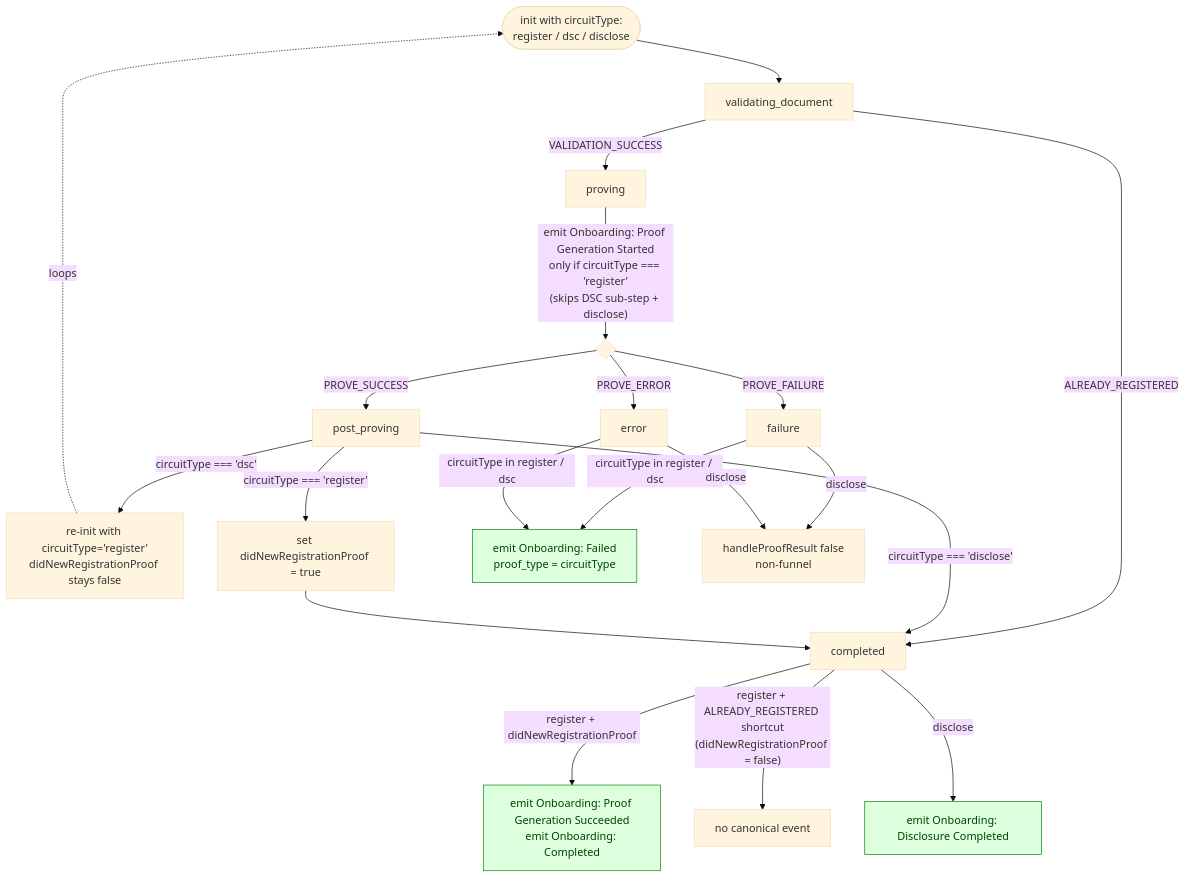
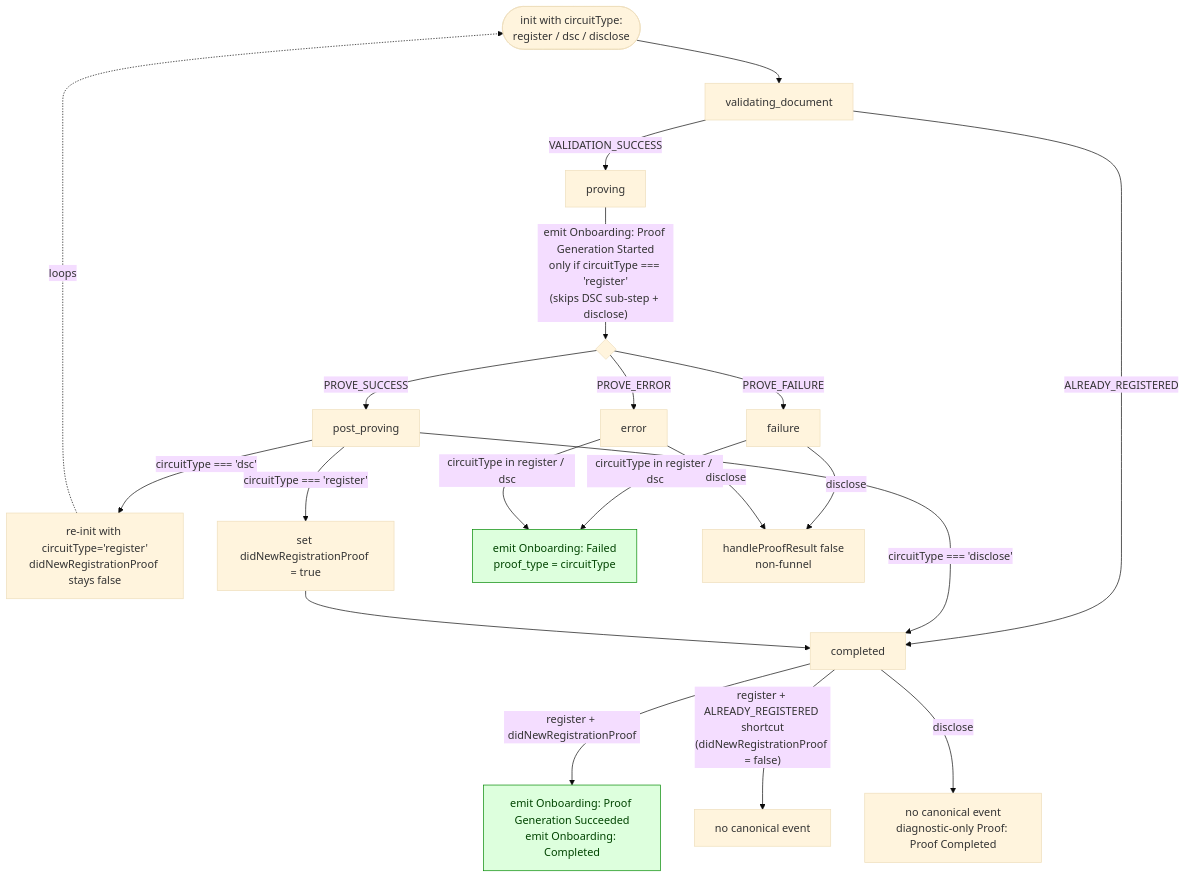
Before and after one commit to selfxyz/self: the third of 3 diagrams in specs/projects/sdk/workstreams/analytics/plans/ANA-11-canonical-funnel-bug-fixes.md, drawn with Mermaid (base theme). The commit also changed other lines of this file and 3 other files, not shown here.

First line of the commit message:
refactor(analytics): remove Onboarding: Disclosure Completed

````diff
--- a/specs/projects/sdk/workstreams/analytics/plans/ANA-11-canonical-funnel-bug-fixes.md
+++ b/specs/projects/sdk/workstreams/analytics/plans/ANA-11-canonical-funnel-bug-fixes.md
@@ -159,32 +159,32 @@
 ```mermaid
 flowchart TD
     Init([init with circuitType:<br/>register / dsc / disclose]) --> Validating[validating_document]
 
     Validating -->|ALREADY_REGISTERED| Completed[completed]
     Validating -->|VALIDATION_SUCCESS| Proving[proving]
 
     Proving -->|"emit Onboarding: Proof Generation Started<br/>only if circuitType === 'register'<br/>(skips DSC sub-step + disclose)"| Outcome{ }
 
     Outcome -->|PROVE_SUCCESS| PostProving[post_proving]
     Outcome -->|PROVE_FAILURE| Failure[failure]
     Outcome -->|PROVE_ERROR| Error[error]
 
     PostProving -->|"circuitType === 'dsc'"| Reinit[re-init with circuitType='register'<br/>didNewRegistrationProof stays false]
     PostProving -->|"circuitType === 'register'"| MarkProof[set didNewRegistrationProof = true]
     PostProving -->|"circuitType === 'disclose'"| Completed
 
     Reinit -.->|loops| Init
     MarkProof --> Completed
 
     Completed -->|"register + didNewRegistrationProof"| Success[emit Onboarding: Proof Generation Succeeded<br/>emit Onboarding: Completed]
     Completed -->|"register + ALREADY_REGISTERED shortcut<br/>(didNewRegistrationProof = false)"| Skipped[no canonical event]
-    Completed -->|disclose| Disclose[emit Onboarding: Disclosure Completed]
+    Completed -->|disclose| Disclose[no canonical event<br/>diagnostic-only Proof: Proof Completed]
 
     Failure -->|"circuitType in register / dsc"| Failed["emit Onboarding: Failed<br/>proof_type = circuitType"]
     Failure -->|disclose| FailDisc[handleProofResult false<br/>non-funnel]
     Error -->|"circuitType in register / dsc"| Failed
     Error -->|disclose| FailDisc
 
     classDef event fill:#dfd,stroke:#080,color:#040
-    class Success,Disclose,Failed event
+    class Success,Failed event
 ```
````
